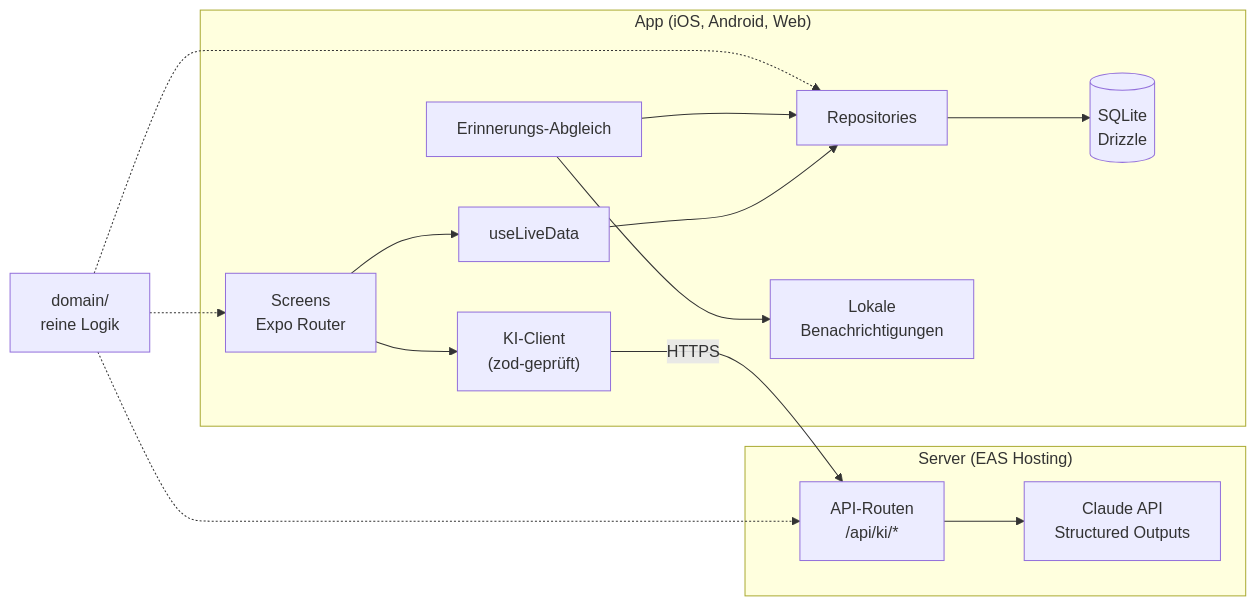
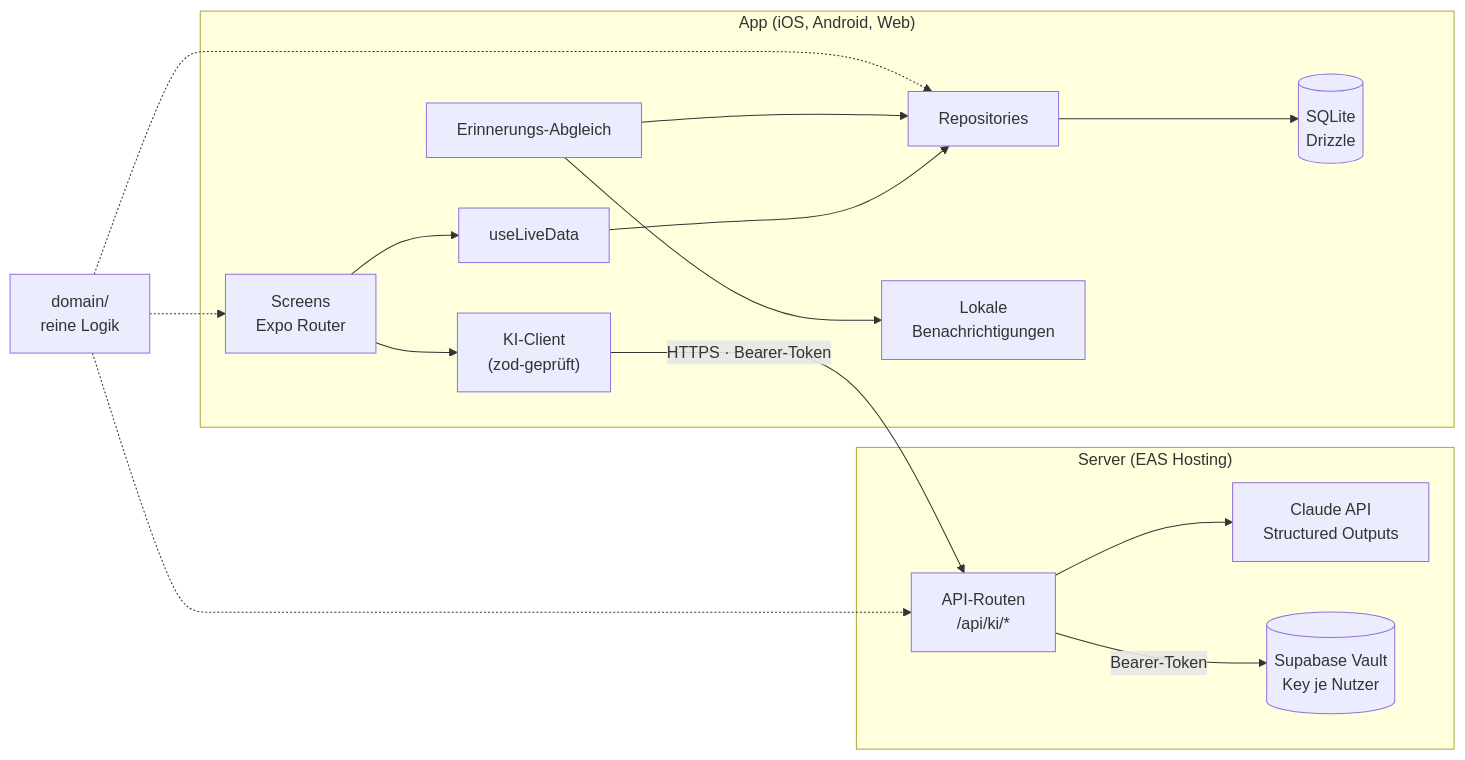
One commit to jobpilot-org/mobile changed the diagram in README.md. Above: the diagram before and after it, drawn with Mermaid. The commit also changed other lines of this file and 14 other files, not shown here.

````diff
--- a/README.md
+++ b/README.md
@@ -31,18 +31,19 @@
 ```mermaid
 flowchart LR
   subgraph App["App (iOS, Android, Web)"]
     UI["Screens<br/>Expo Router"] --> Hooks["useLiveData"]
     Hooks --> Repo["Repositories"]
     Repo --> DB[("SQLite<br/>Drizzle")]
     Sync["Erinnerungs-Abgleich"] --> Repo
     Sync --> Notif["Lokale<br/>Benachrichtigungen"]
     UI --> AiClient["KI-Client<br/>(zod-geprüft)"]
   end
   subgraph Server["Server (EAS Hosting)"]
     Routes["API-Routen<br/>/api/ki/*"] --> Claude["Claude API<br/>Structured Outputs"]
+    Routes -- "Bearer-Token" --> Vault[("Supabase Vault<br/>Key je Nutzer")]
   end
-  AiClient -- "HTTPS" --> Routes
+  AiClient -- "HTTPS · Bearer-Token" --> Routes
   Domain["domain/<br/>reine Logik"] -.-> UI
   Domain -.-> Repo
   Domain -.-> Routes
 ```
````
